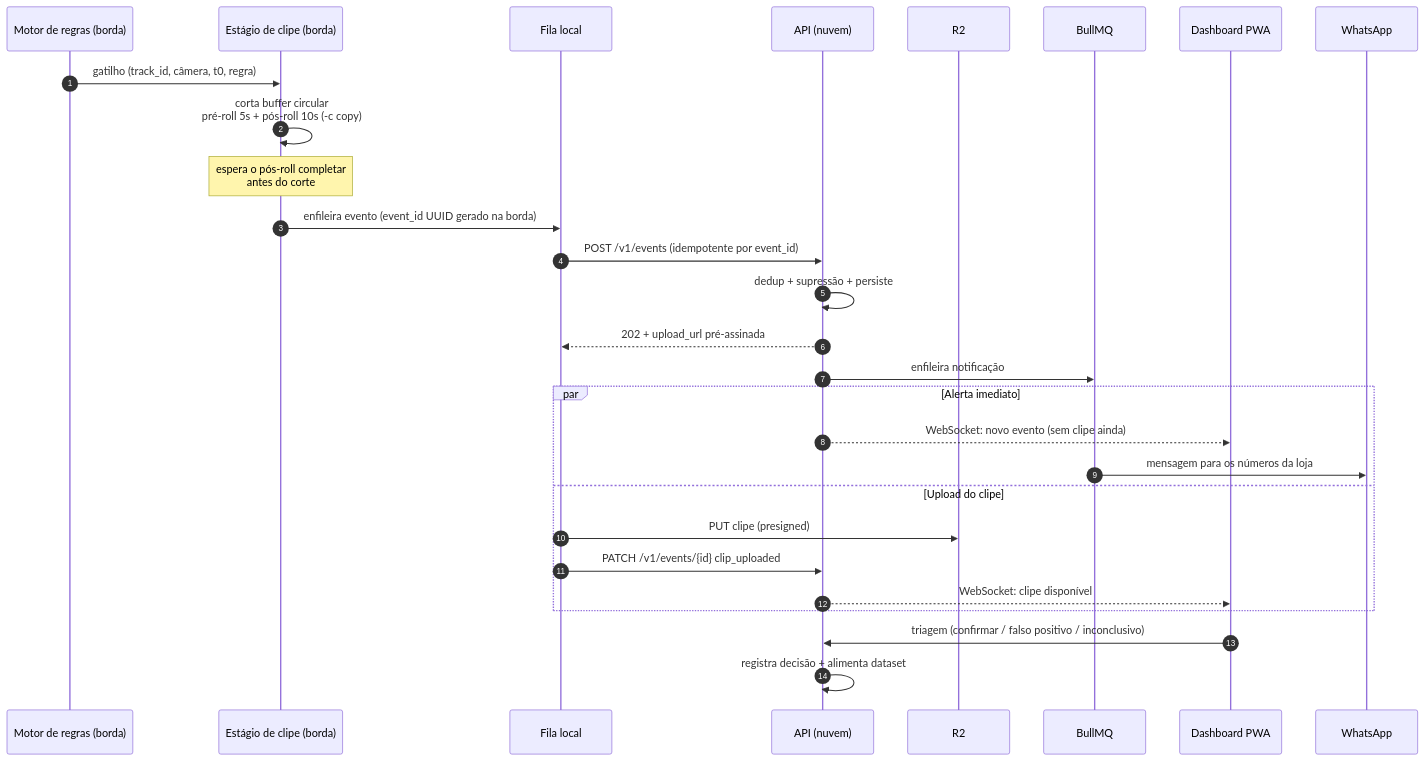
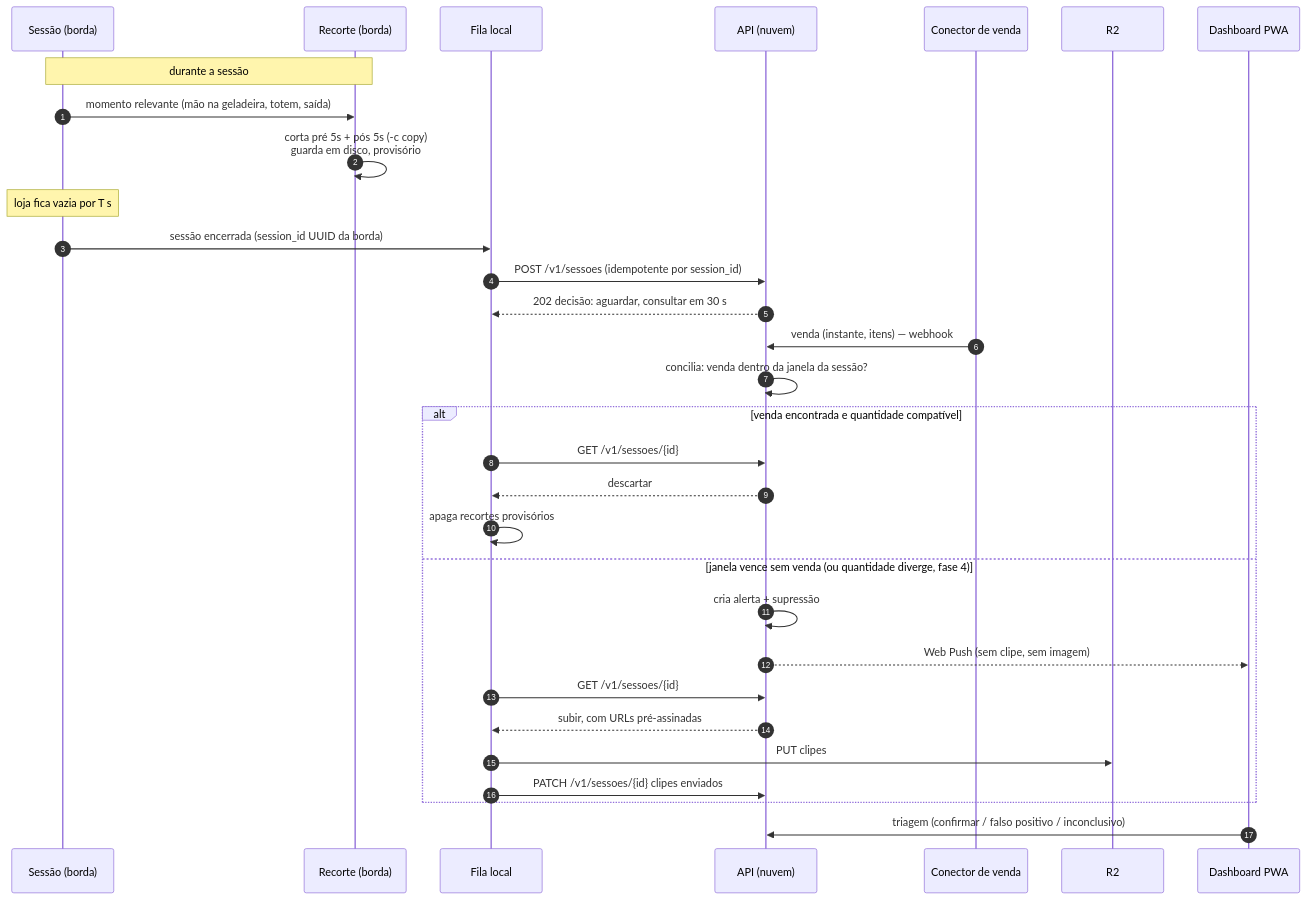
The third of 5 diagrams in docs/arquitetura.md (AlexandrePachecoo/lince), drawn with Mermaid before and after one commit. The commit also changed other lines of this file and 3 other files, not shown here.

````diff
--- a/docs/arquitetura.md
+++ b/docs/arquitetura.md
@@ -176,31 +218,34 @@
 ```mermaid
 sequenceDiagram
     autonumber
-    participant R as Motor de regras (borda)
-    participant C as Estágio de clipe (borda)
+    participant S as Sessão (borda)
+    participant C as Recorte (borda)
     participant Q as Fila local
     participant A as API (nuvem)
-    participant S as R2
-    participant B as BullMQ
+    participant V as Conector de venda
+    participant R as R2
     participant D as Dashboard PWA
-    participant W as WhatsApp
 
-    R->>C: gatilho (track_id, câmera, t0, regra)
-    C->>C: corta buffer circular<br/>pré-roll 5s + pós-roll 10s (-c copy)
-    Note over C: espera o pós-roll completar<br/>antes do corte
-    C->>Q: enfileira evento (event_id UUID gerado na borda)
-    Q->>A: POST /v1/events (idempotente por event_id)
-    A->>A: dedup + supressão + persiste
-    A-->>Q: 202 + upload_url pré-assinada
-    A->>B: enfileira notificação
-    par Alerta imediato
-        A-->>D: WebSocket: novo evento (sem clipe ainda)
-        B->>W: mensagem para os números da loja
-    and Upload do clipe
-        Q->>S: PUT clipe (presigned)
-        Q->>A: PATCH /v1/events/{id} clip_uploaded
-        A-->>D: WebSocket: clipe disponível
+    Note over S,C: durante a sessão
+    S->>C: momento relevante (mão na geladeira, totem, saída)
+    C->>C: corta pré 5s + pós 5s (-c copy)<br/>guarda em disco, provisório
+    Note over S: loja fica vazia por T s
+    S->>Q: sessão encerrada (session_id UUID da borda)
+    Q->>A: POST /v1/sessoes (idempotente por session_id)
+    A-->>Q: 202 decisão: aguardar, consultar em 30 s
+    V->>A: venda (instante, itens) — webhook
+    A->>A: concilia: venda dentro da janela da sessão?
+    alt venda encontrada e quantidade compatível
+        Q->>A: GET /v1/sessoes/{id}
+        A-->>Q: descartar
+        Q->>Q: apaga recortes provisórios
+    else janela vence sem venda (ou quantidade diverge, fase 4)
+        A->>A: cria alerta + supressão
+        A-->>D: Web Push (sem clipe, sem imagem)
+        Q->>A: GET /v1/sessoes/{id}
+        A-->>Q: subir, com URLs pré-assinadas
+        Q->>R: PUT clipes
+        Q->>A: PATCH /v1/sessoes/{id} clipes enviados
     end
     D->>A: triagem (confirmar / falso positivo / inconclusivo)
-    A->>A: registra decisão + alimenta dataset
 ```
````
